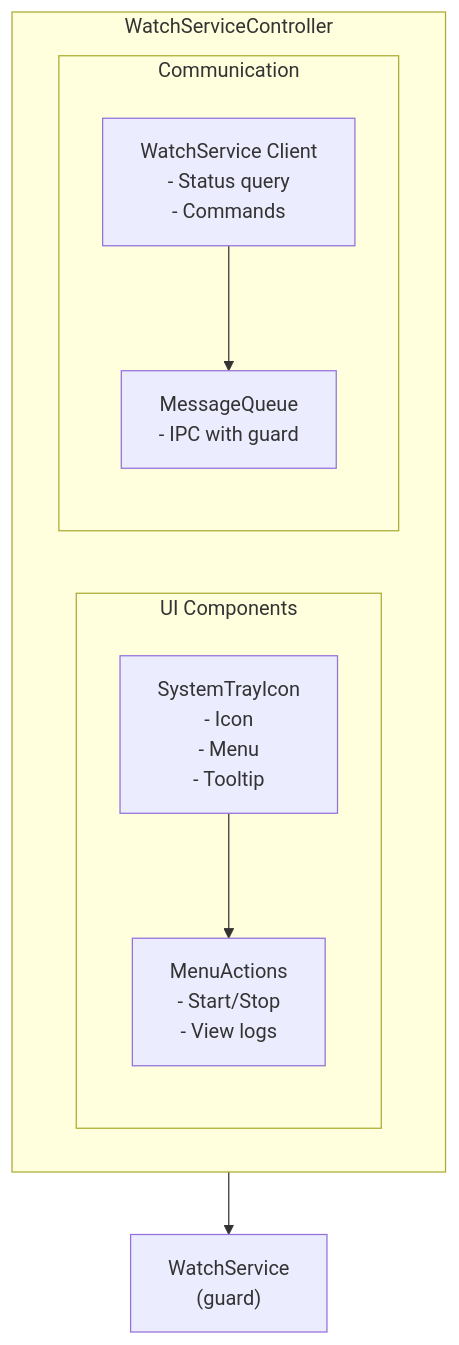
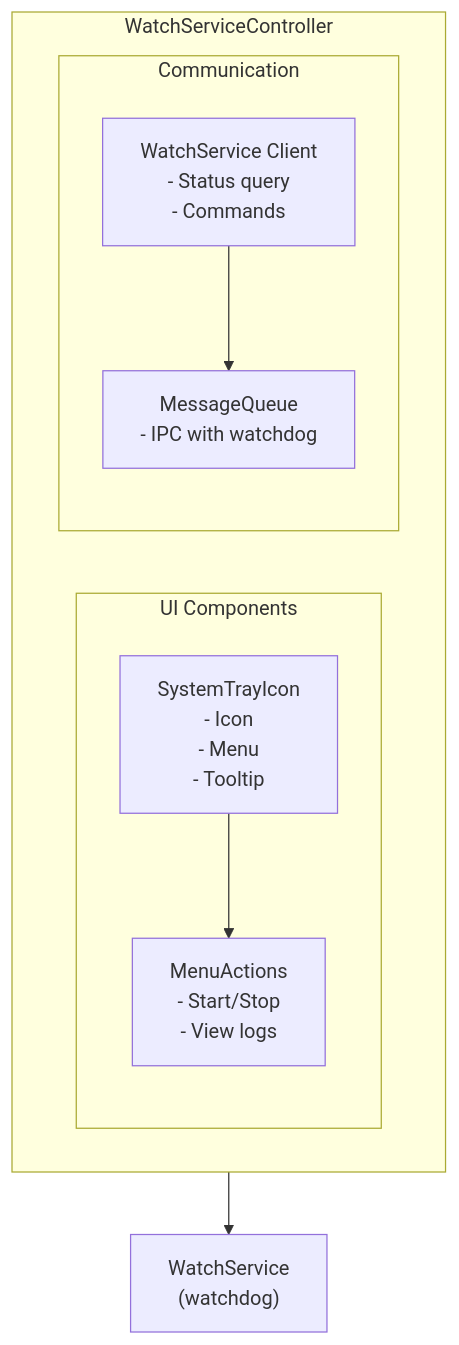
The diagram in apps/WatchServiceController/README.md (Ilkhom-S/e-kiosk), drawn with Mermaid before and after one commit. The commit also changed 47 other files, not shown here.

First line of the commit message:
refactor(apps/watchdog): rename guard app to watchdog

````diff
--- a/apps/WatchServiceController/README.md
+++ b/apps/WatchServiceController/README.md
@@ -128,17 +128,17 @@
 ```mermaid
 flowchart TB
     subgraph Controller["WatchServiceController"]
         subgraph UI["UI Components"]
             SystemTrayIcon["SystemTrayIcon<br/>- Icon<br/>- Menu<br/>- Tooltip"]
             MenuActions["MenuActions<br/>- Start/Stop<br/>- View logs"]
         end
         subgraph IPC["Communication"]
             WatchServiceClient["WatchService Client<br/>- Status query<br/>- Commands"]
-            MessageQueue["MessageQueue<br/>- IPC with guard"]
+            MessageQueue["MessageQueue<br/>- IPC with watchdog"]
         end
         SystemTrayIcon --> MenuActions
         WatchServiceClient --> MessageQueue
     end
 
-    Controller --> WatchService["WatchService<br/>(guard)"]
+    Controller --> WatchService["WatchService<br/>(watchdog)"]
 ```
````
